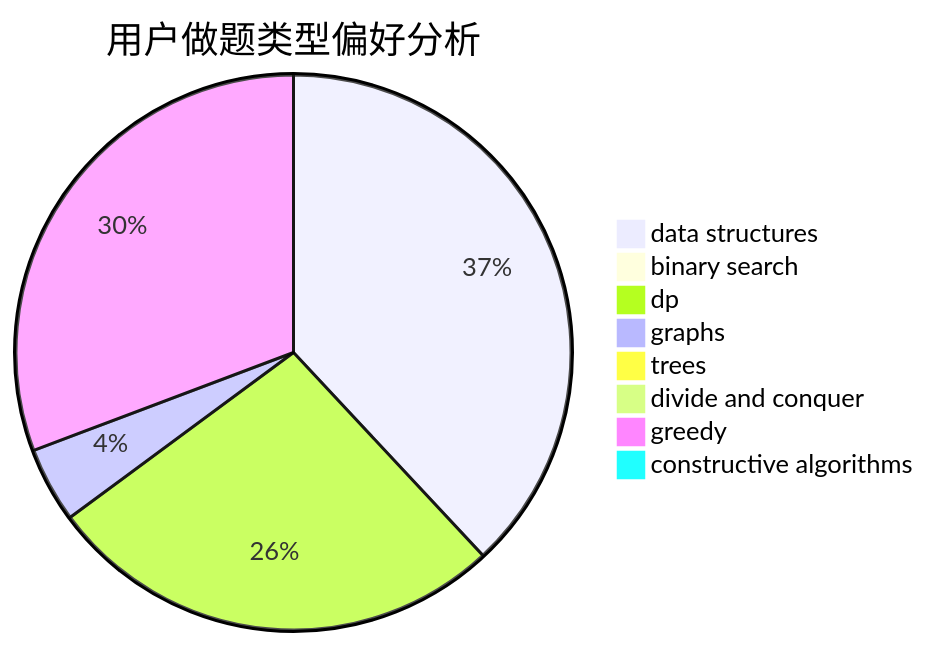
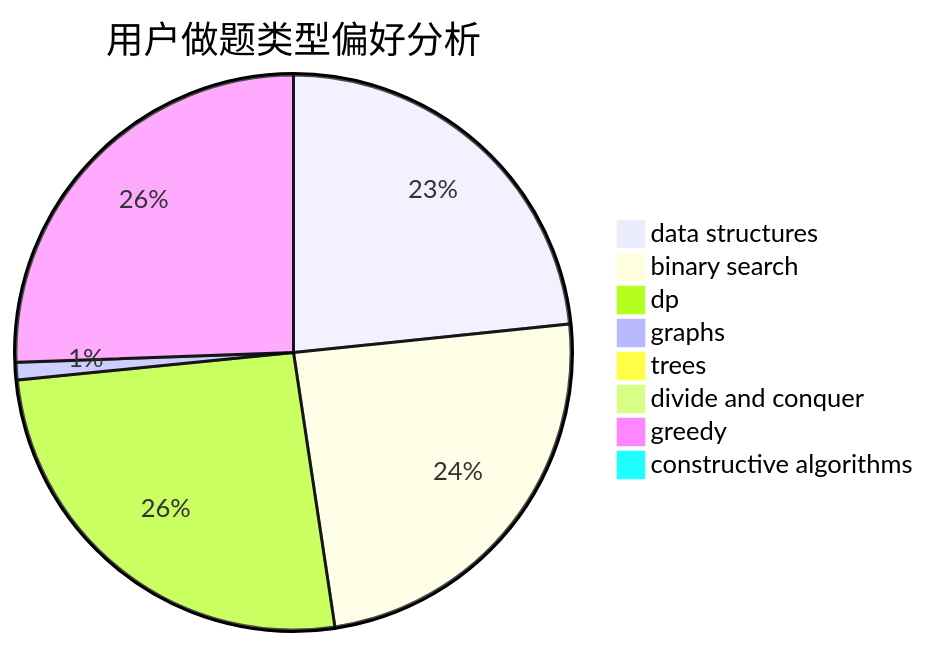
The second of 3 diagrams in docs/user/u993.md (sherpahu/cfrs.github.io), drawn with Mermaid before and after one commit. The commit also changed other lines of this file and 2770 other files, not shown here.

````diff
--- a/docs/user/u993.md
+++ b/docs/user/u993.md
@@ -23,11 +23,11 @@
 ```mermaid
 pie title 用户做题类型偏好分析
-    "data structures" :  78
-    "binary search" :  2
-    "dp" :  55
-    "graphs" :  9
-    "trees" :  2
+    "data structures" :  392
+    "binary search" :  407
+    "dp" :  433
+    "graphs" :  17
+    "trees" :  0
     "divide and conquer" :  0
-    "greedy" :  63
-    "constructive algorithms" :  0
+    "greedy" :  429
+    "constructive algorithms" :  2
 ```
````
